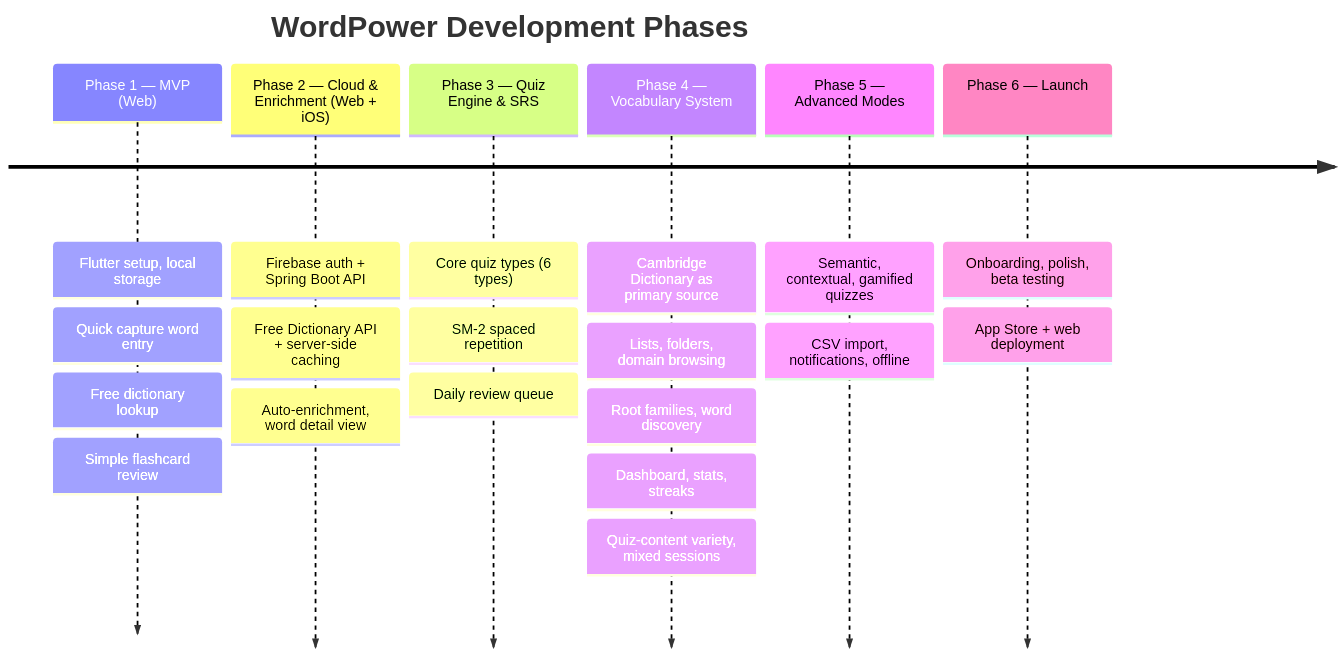
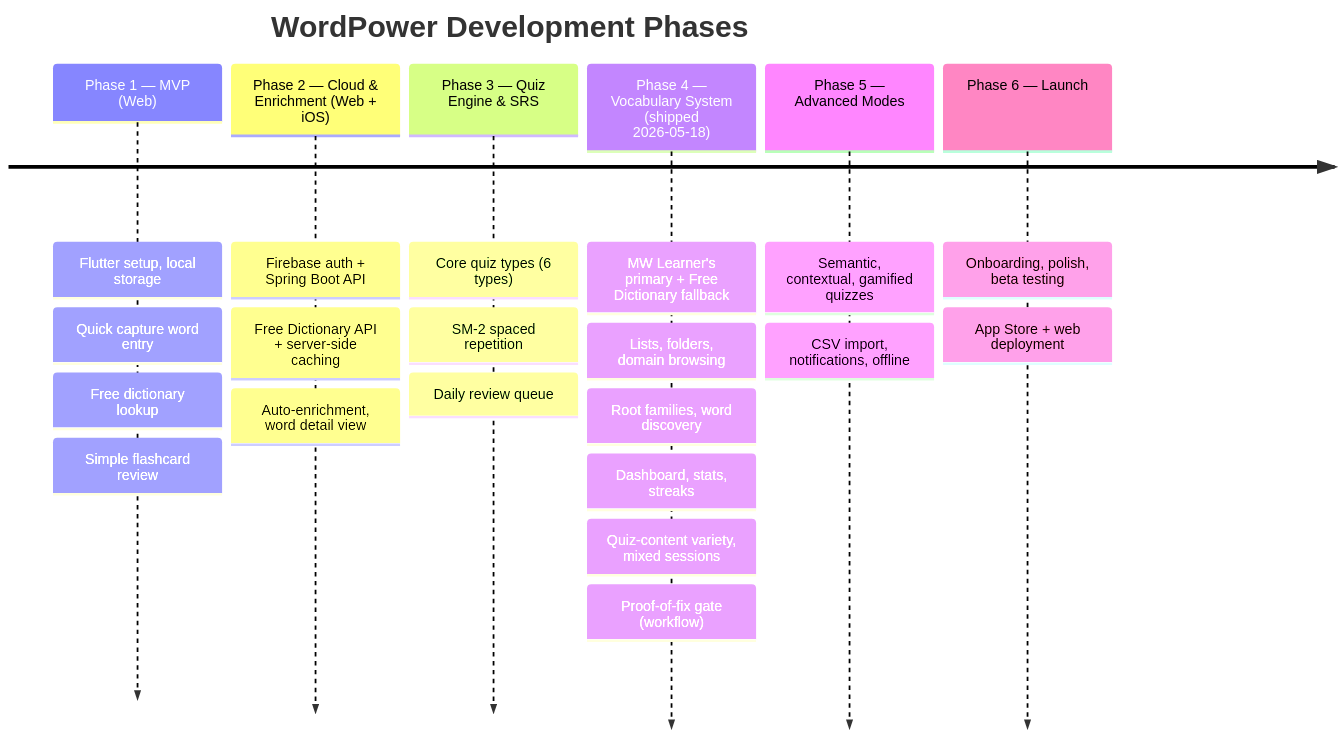
Before and after one commit to AnunnakiCosmoCrew/WordPower-docs: the seventh of 7 diagrams in docs/product/PROJECT.md, drawn with Mermaid. The commit also changed other lines of this file and 1 other file, not shown here.

````diff
--- a/docs/product/PROJECT.md
+++ b/docs/product/PROJECT.md
@@ -751,23 +774,24 @@
 ```mermaid
 timeline
     title WordPower Development Phases
     Phase 1 — MVP (Web) : Flutter setup, local storage
                         : Quick capture word entry
                         : Free dictionary lookup
                         : Simple flashcard review
     Phase 2 — Cloud & Enrichment (Web + iOS) : Firebase auth + Spring Boot API
                                               : Free Dictionary API + server-side caching
                                               : Auto-enrichment, word detail view
     Phase 3 — Quiz Engine & SRS : Core quiz types (6 types)
                                 : SM-2 spaced repetition
                                 : Daily review queue
-    Phase 4 — Vocabulary System : Cambridge Dictionary as primary source
+    Phase 4 — Vocabulary System (shipped 2026-05-18) : MW Learner's primary + Free Dictionary fallback
                                 : Lists, folders, domain browsing
                                 : Root families, word discovery
                                 : Dashboard, stats, streaks
                                 : Quiz-content variety, mixed sessions
+                                : Proof-of-fix gate (workflow)
     Phase 5 — Advanced Modes : Semantic, contextual, gamified quizzes
                               : CSV import, notifications, offline
     Phase 6 — Launch : Onboarding, polish, beta testing
                      : App Store + web deployment
 ```
````
